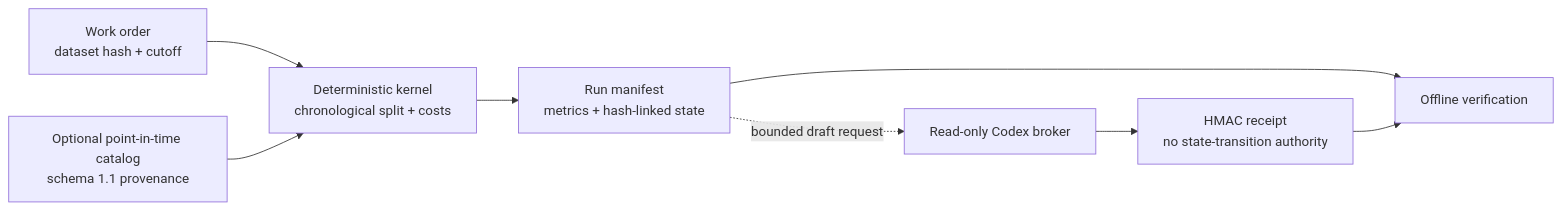
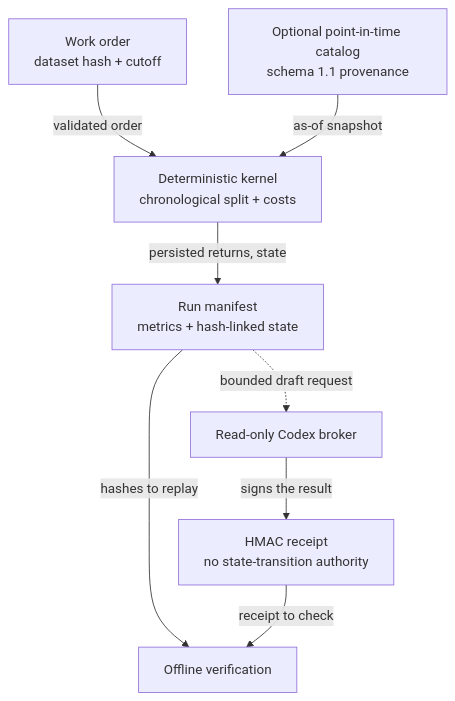
Before and after one commit to oscar-chw/agentic-quant-research: the diagram in packages/research/README.md, drawn with Mermaid. The commit also changed 9 other files, not shown here.

Commit message:
docs: make diagrams legible at README width

````diff
--- a/packages/research/README.md
+++ b/packages/research/README.md
@@ -23,10 +23,10 @@
 ```mermaid
-flowchart LR
-    A[Work order<br/>dataset hash + cutoff] --> C[Deterministic kernel<br/>chronological split + costs]
-    B[Optional point-in-time catalog<br/>schema 1.1 provenance] --> C
-    C --> D[Run manifest<br/>metrics + hash-linked state]
-    D --> E[Offline verification]
+flowchart TB
+    A[Work order<br/>dataset hash + cutoff] -->|validated order| C[Deterministic kernel<br/>chronological split + costs]
+    B[Optional point-in-time catalog<br/>schema 1.1 provenance] -->|as-of snapshot| C
+    C -->|persisted returns, state| D[Run manifest<br/>metrics + hash-linked state]
+    D -->|hashes to replay| E[Offline verification]
     D -. bounded draft request .-> F[Read-only Codex broker]
-    F --> G[HMAC receipt<br/>no state-transition authority]
-    G --> E
+    F -->|signs the result| G[HMAC receipt<br/>no state-transition authority]
+    G -->|receipt to check| E
 ```
````
